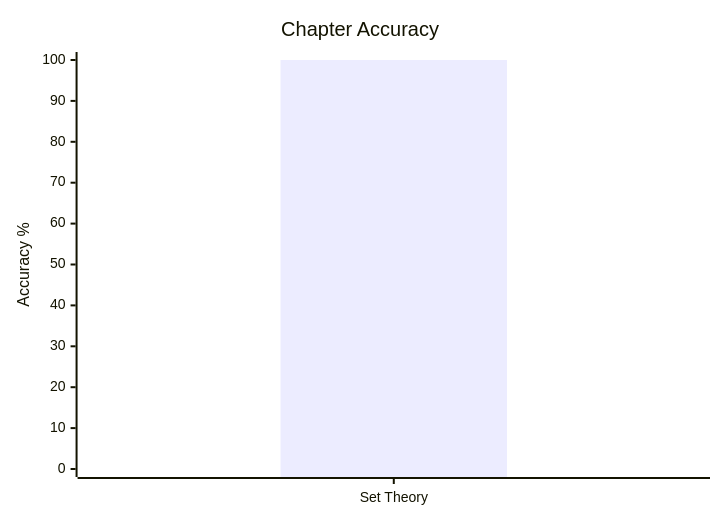
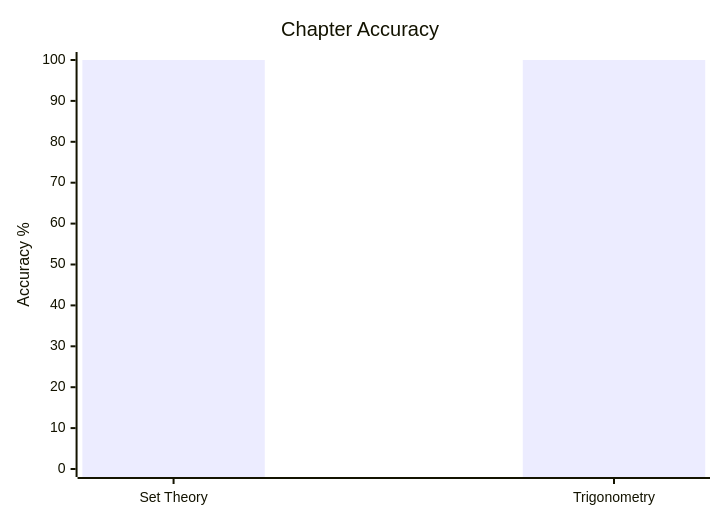
The first of 2 diagrams in content/cds/math/math_overview.md (skc-coder/SAGE), drawn with Mermaid before and after one commit. The commit also changed other lines of this file and 10 other files, not shown here.

````diff
--- a/content/cds/math/math_overview.md
+++ b/content/cds/math/math_overview.md
@@ -13,7 +15,7 @@
 ```mermaid
 xychart-beta
     title "Chapter Accuracy"
-    x-axis ["Set Theory"]
+    x-axis ["Set Theory", "Trigonometry"]
     y-axis "Accuracy %" 0 --> 100
-    bar [100]
+    bar [100, 100]
 ```
````
